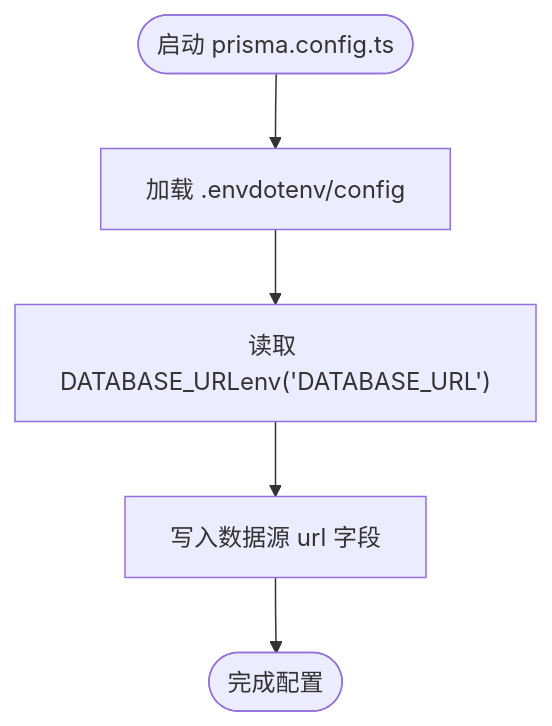
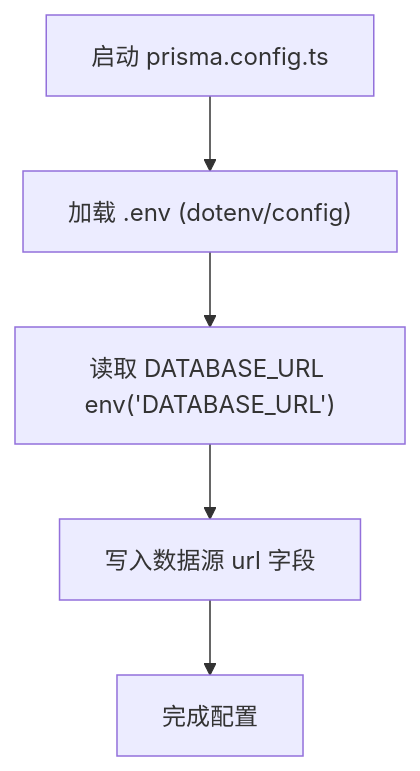
Before and after one commit to iazrael/feihua-ling: the third of 5 diagrams in .qoder/repowiki/zh/content/环境配置与部署/后端环境配置/环境变量配置.md, drawn with Mermaid. The commit also changed other lines of this file and 12 other files, not shown here.

````diff
--- a/.qoder/repowiki/zh/content/环境配置与部署/后端环境配置/环境变量配置.md
+++ b/.qoder/repowiki/zh/content/环境配置与部署/后端环境配置/环境变量配置.md
@@ -128,7 +130,7 @@
 ```mermaid
 flowchart TD
-Start(["启动 prisma.config.ts"]) --> LoadEnv["加载 .envdotenv/config"]
-LoadEnv --> ReadVar["读取 DATABASE_URLenv('DATABASE_URL')"]
+Start["启动 prisma.config.ts"] --> LoadEnv["加载 .env (dotenv/config)"]
+LoadEnv --> ReadVar["读取 DATABASE_URL env('DATABASE_URL')"]
 ReadVar --> ApplyCfg["写入数据源 url 字段"]
-ApplyCfg --> End(["完成配置"])
+ApplyCfg --> End["完成配置"]
 ```
````
